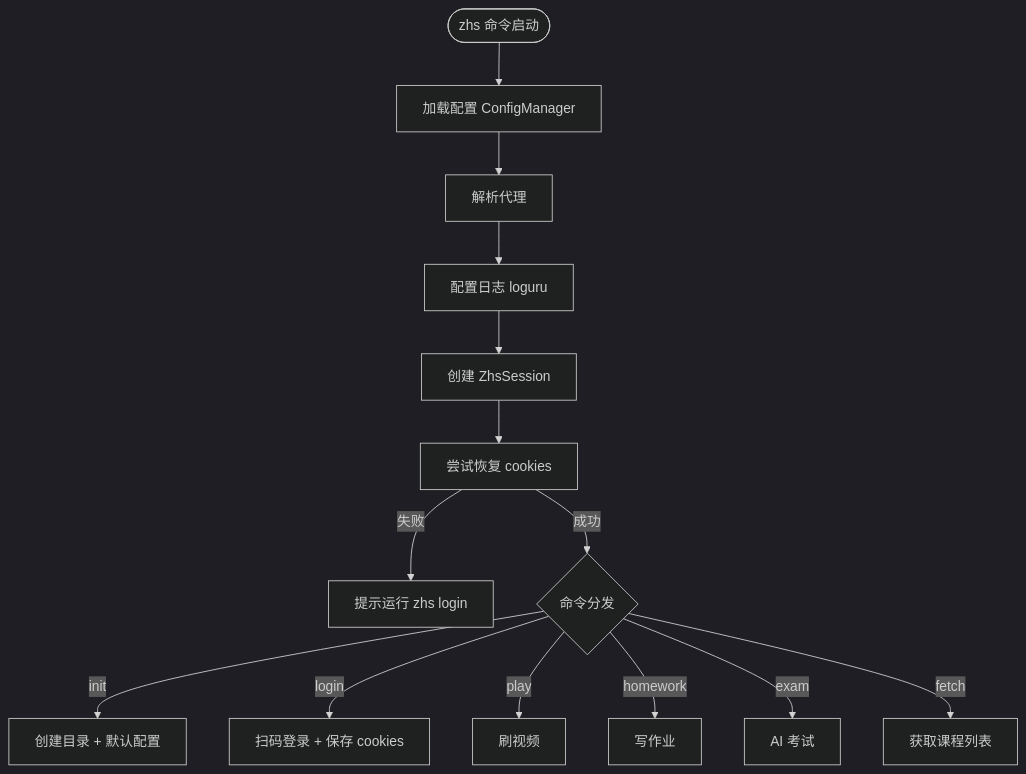
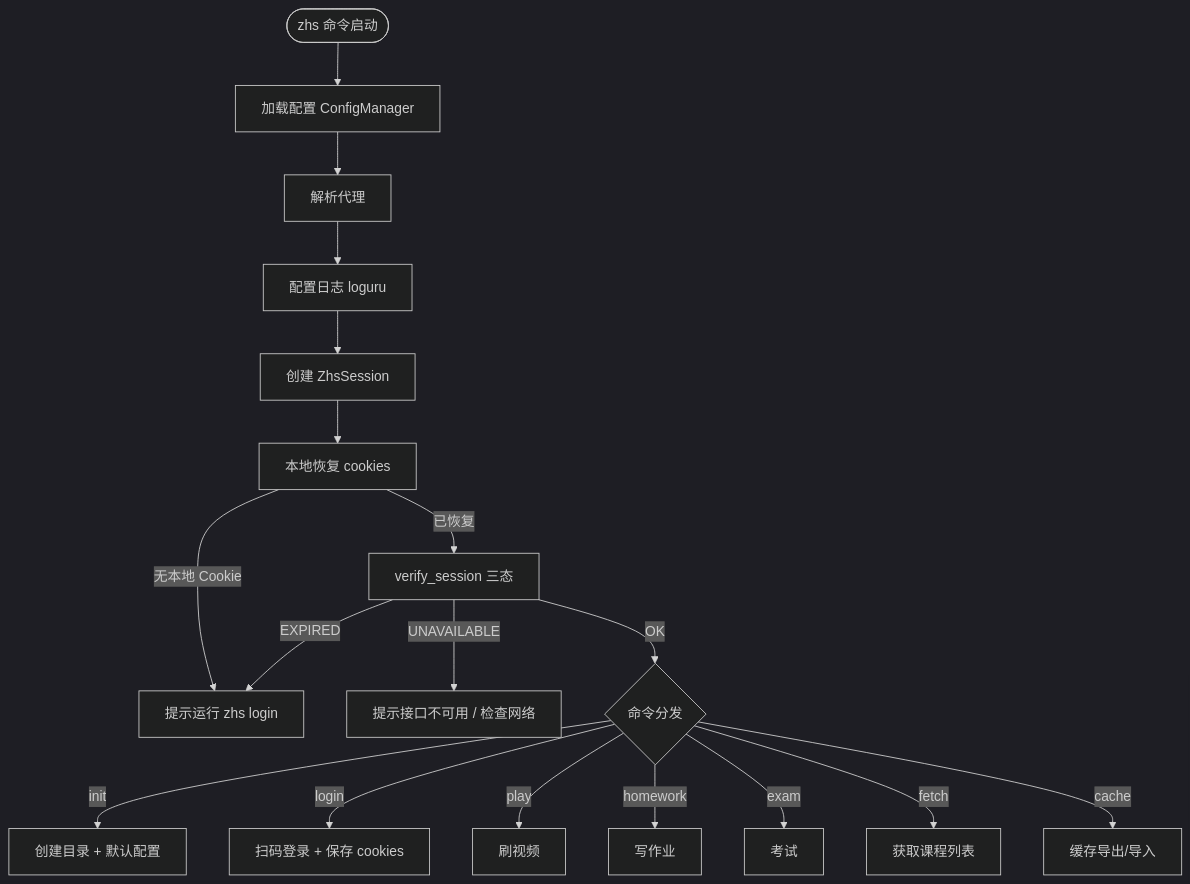
The eighth of 15 diagrams in docs/design.md (pjm314159/zhs), drawn with Mermaid (dark theme) before and after one commit. The commit also changed other lines of this file and 9 other files, not shown here.

````diff
--- a/docs/design.md
+++ b/docs/design.md
@@ -1934,17 +1942,21 @@
 ```mermaid
 flowchart TD
     Start([zhs 命令启动]) --> LoadConfig[加载配置 ConfigManager]
     LoadConfig --> ParseProxy[解析代理]
     ParseProxy --> SetupLog[配置日志 loguru]
     SetupLog --> CreateSession[创建 ZhsSession]
-    CreateSession --> RestoreCookies[尝试恢复 cookies]
-    RestoreCookies -->|失败| PromptLogin[提示运行 zhs login]
-    RestoreCookies -->|成功| Dispatch{命令分发}
+    CreateSession --> RestoreCookies[本地恢复 cookies]
+    RestoreCookies -->|无本地 Cookie| PromptLogin[提示运行 zhs login]
+    RestoreCookies -->|已恢复| Verify[verify_session 三态]
+    Verify -->|UNAVAILABLE| NetHint[提示接口不可用 / 检查网络]
+    Verify -->|EXPIRED| PromptLogin
+    Verify -->|OK| Dispatch{命令分发}
 
     Dispatch -->|init| DoInit[创建目录 + 默认配置]
     Dispatch -->|login| DoLogin[扫码登录 + 保存 cookies]
     Dispatch -->|play| DoPlay[刷视频]
     Dispatch -->|homework| DoHomework[写作业]
-    Dispatch -->|exam| DoExam[AI 考试]
+    Dispatch -->|exam| DoExam[考试]
     Dispatch -->|fetch| DoFetch[获取课程列表]
+    Dispatch -->|cache| DoCache[缓存导出/导入]
 ```
````
